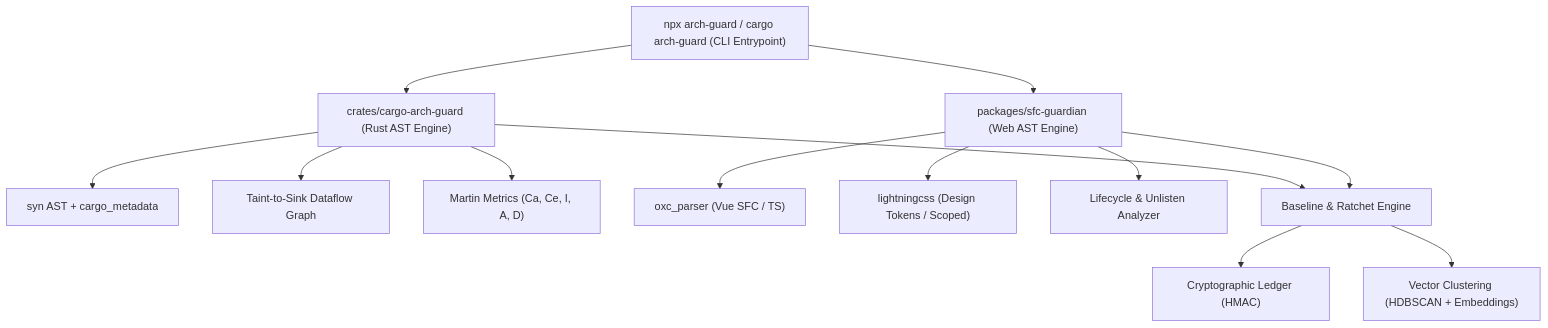
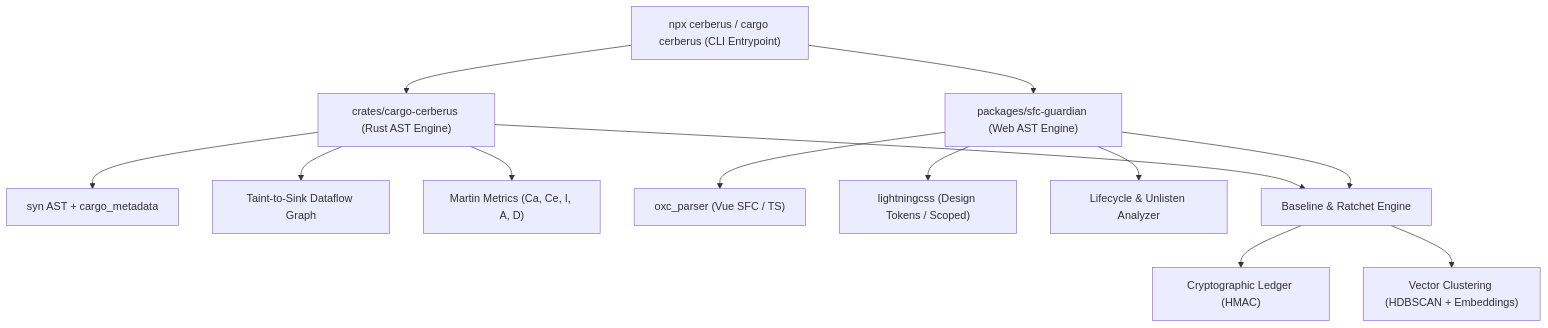
Before and after one commit to nagisokyn-prog/WorldWiki: the diagram in firewall/README.md, drawn with Mermaid. The commit also changed other lines of this file and 9 other files, not shown here.

Commit message:
feat: implement cargo-cerberus architectural firewall CLI, domain models, and workspace scanning infrastructure

````diff
--- a/firewall/README.md
+++ b/firewall/README.md
@@ -25,21 +25,21 @@
 ```mermaid
 flowchart TD
-    CLI["npx arch-guard / cargo arch-guard (CLI Entrypoint)"]
+    CLI["npx cerberus / cargo cerberus (CLI Entrypoint)"]
     
-    CLI --> RUST_CORE["crates/cargo-arch-guard (Rust AST Engine)"]
+    CLI --> RUST_CORE["crates/cargo-cerberus (Rust AST Engine)"]
     CLI --> FRONT_CORE["packages/sfc-guardian (Web AST Engine)"]
     
     RUST_CORE --> SYN["syn AST + cargo_metadata"]
     RUST_CORE --> TAINT["Taint-to-Sink Dataflow Graph"]
     RUST_CORE --> METRICS["Martin Metrics (Ca, Ce, I, A, D)"]
     
     FRONT_CORE --> OXC["oxc_parser (Vue SFC / TS)"]
     FRONT_CORE --> CSS["lightningcss (Design Tokens / Scoped)"]
     FRONT_CORE --> LEAKS["Lifecycle & Unlisten Analyzer"]
     
     RUST_CORE --> RATCHET["Baseline & Ratchet Engine"]
     FRONT_CORE --> RATCHET
     
     RATCHET --> LEDGER["Cryptographic Ledger (HMAC)"]
     RATCHET --> VECTOR["Vector Clustering (HDBSCAN + Embeddings)"]
 ```
````
